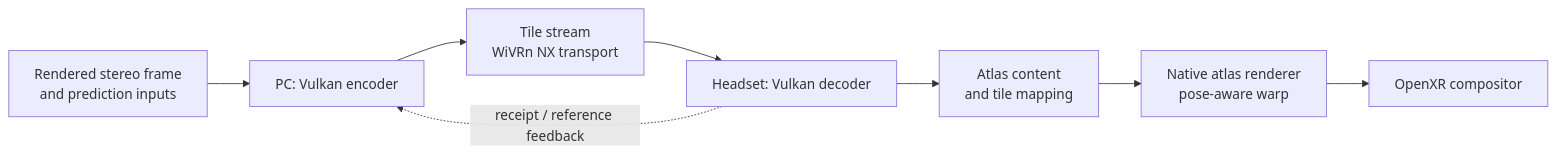
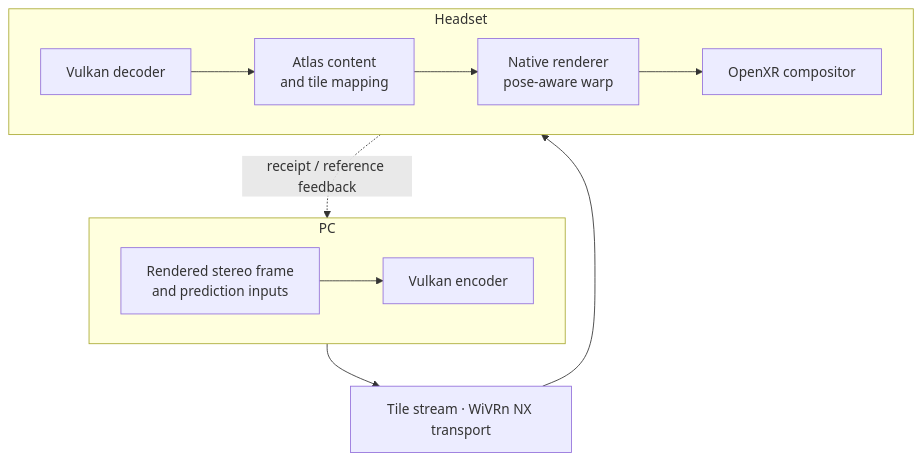
The diagram in README.md (nerdrx/nx-warp), drawn with Mermaid before and after one commit. The commit also changed other lines of this file, not shown here.

Commit message:
Improve pipeline diagram readability on GitHub

````diff
--- a/README.md
+++ b/README.md
@@ -51,10 +51,16 @@
 ```mermaid
-flowchart LR
-    A["Rendered stereo frame<br/>and prediction inputs"] --> B["PC: Vulkan encoder"]
-    B --> C["Tile stream<br/>WiVRn NX transport"]
-    C --> D["Headset: Vulkan decoder"]
-    D --> E["Atlas content<br/>and tile mapping"]
-    E --> F["Native atlas renderer<br/>pose-aware warp"]
-    F --> G["OpenXR compositor"]
+flowchart TB
+    subgraph PC["PC"]
+        direction LR
+        A["Rendered stereo frame<br/>and prediction inputs"] --> B["Vulkan encoder"]
+    end
+    B --> C["Tile stream · WiVRn NX transport"]
+    subgraph HS["Headset"]
+        direction LR
+        D["Vulkan decoder"] --> E["Atlas content<br/>and tile mapping"]
+        E --> F["Native renderer<br/>pose-aware warp"]
+        F --> G["OpenXR compositor"]
+    end
+    C --> D
     D -. "receipt / reference feedback" .-> B
 ```
````
